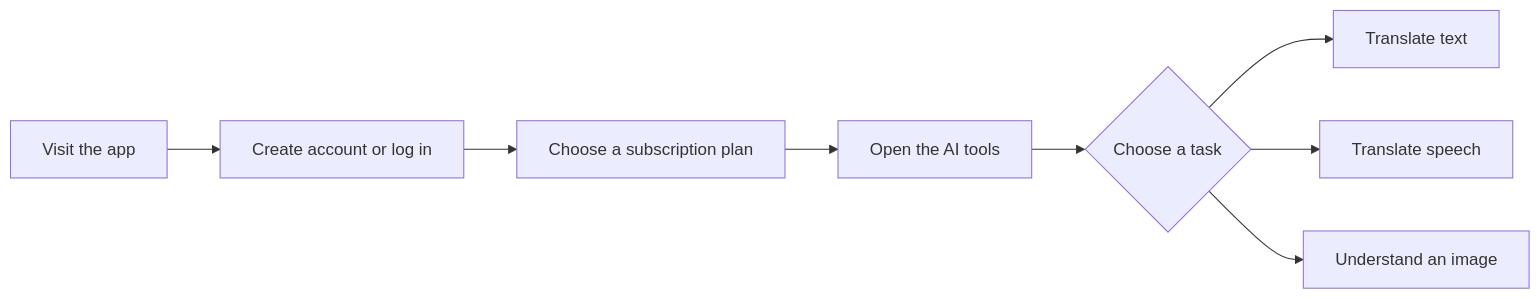
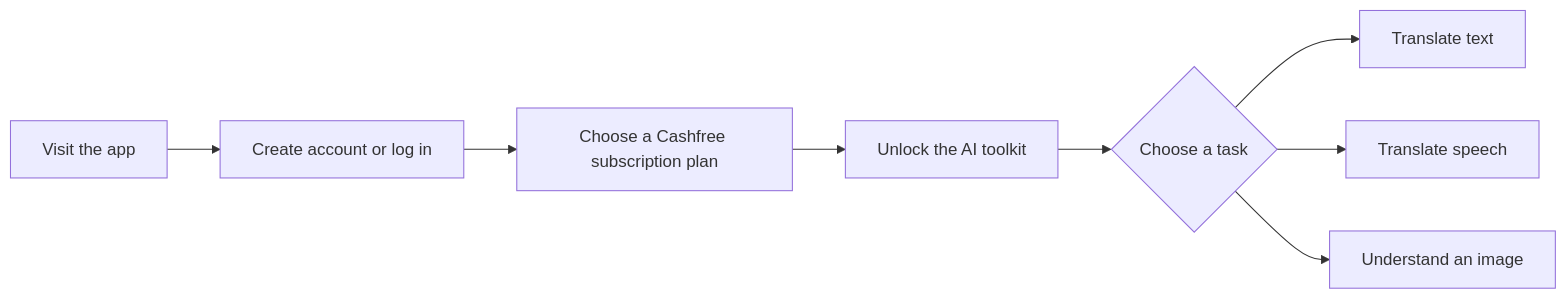
One commit to SidheshwarSarangal/cashfree-ai-new-final changed the second of 4 diagrams in README.md. Above: the diagram before and after it, drawn with Mermaid. The commit also changed other lines of this file, not shown here.

````diff
--- a/README.md
+++ b/README.md
@@ -20,10 +41,10 @@
 ```mermaid
 flowchart LR
     Visit[Visit the app] --> Account[Create account or log in]
-    Account --> Plan[Choose a subscription plan]
-    Plan --> Tools[Open the AI tools]
+    Account --> Plan[Choose a Cashfree subscription plan]
+    Plan --> Tools[Unlock the AI toolkit]
     Tools --> Choice{Choose a task}
     Choice --> Text[Translate text]
     Choice --> Voice[Translate speech]
     Choice --> Image[Understand an image]
 ```
````
